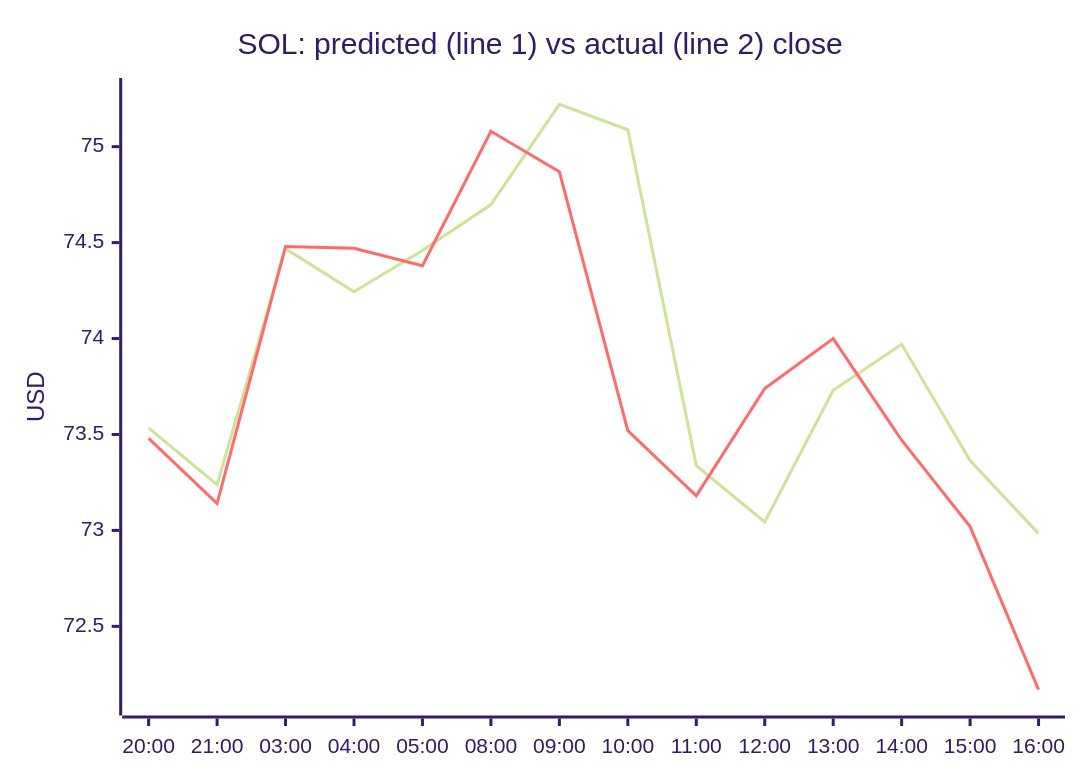
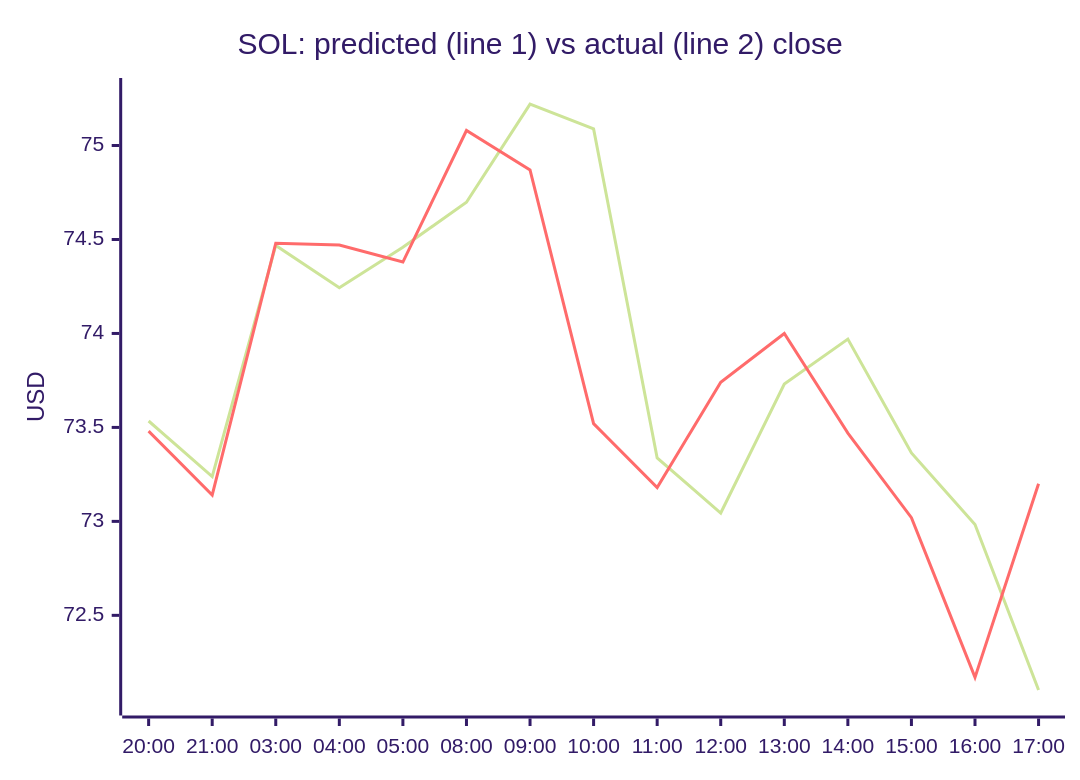
The third of 4 diagrams in README.md (samuelkreitl-wq/crypto-hourly-forecaster), drawn with Mermaid (forest theme) before and after one commit. The commit also changed other lines of this file and 14 other files, not shown here.

````diff
--- a/README.md
+++ b/README.md
@@ -56,8 +56,8 @@
 ```mermaid
 xychart-beta
     title "SOL: predicted (line 1) vs actual (line 2) close"
-    x-axis ["20:00", "21:00", "03:00", "04:00", "05:00", "08:00", "09:00", "10:00", "11:00", "12:00", "13:00", "14:00", "15:00", "16:00"]
-    y-axis "USD" 72.0978 --> 75.2954
-    line [73.5341, 73.2381, 74.4685, 74.2437, 74.4589, 74.6981, 75.2202, 75.0883, 73.3377, 73.0445, 73.7306, 73.9697, 73.3643, 72.9832]
-    line [73.4800, 73.1400, 74.4800, 74.4700, 74.3800, 75.0800, 74.8700, 73.5200, 73.1800, 73.7400, 74.0000, 73.4700, 73.0200, 72.1700]
+    x-axis ["20:00", "21:00", "03:00", "04:00", "05:00", "08:00", "09:00", "10:00", "11:00", "12:00", "13:00", "14:00", "15:00", "16:00", "17:00"]
+    y-axis "USD" 72.0309 --> 75.2954
+    line [73.5341, 73.2381, 74.4685, 74.2437, 74.4589, 74.6981, 75.2202, 75.0883, 73.3377, 73.0445, 73.7306, 73.9697, 73.3643, 72.9832, 72.1030]
+    line [73.4800, 73.1400, 74.4800, 74.4700, 74.3800, 75.0800, 74.8700, 73.5200, 73.1800, 73.7400, 74.0000, 73.4700, 73.0200, 72.1700, 73.2000]
 ```
````
